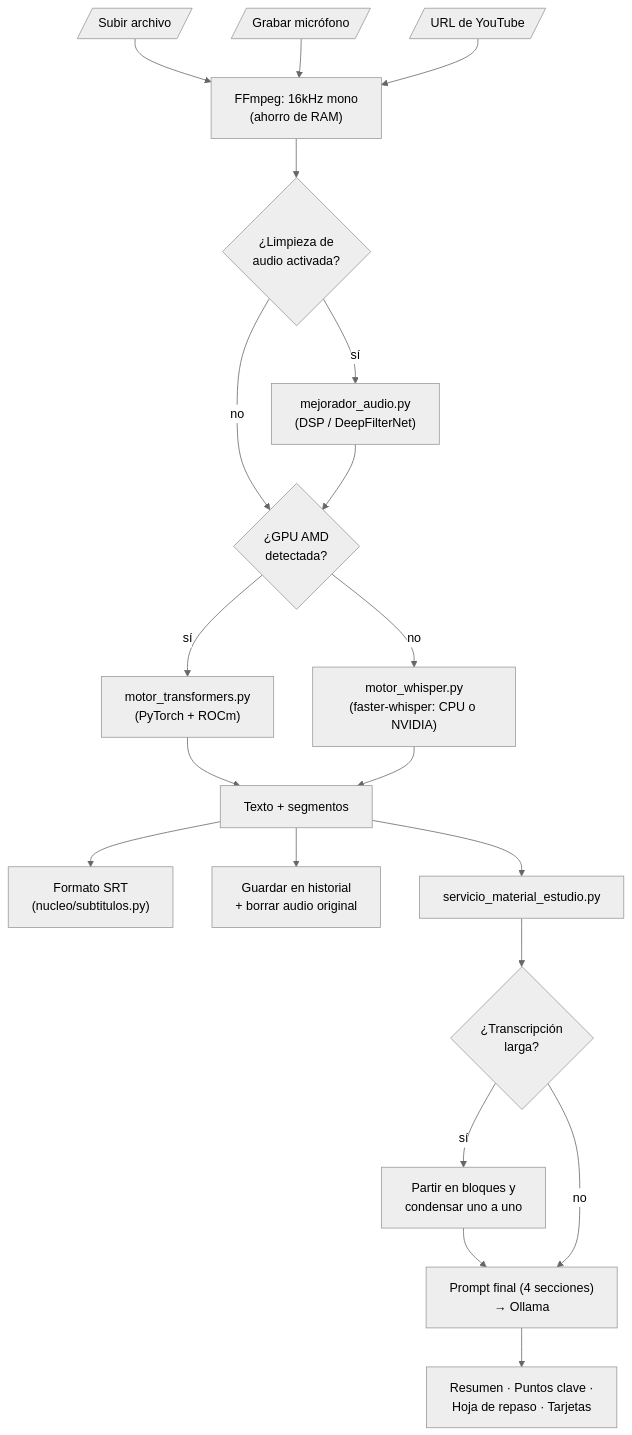
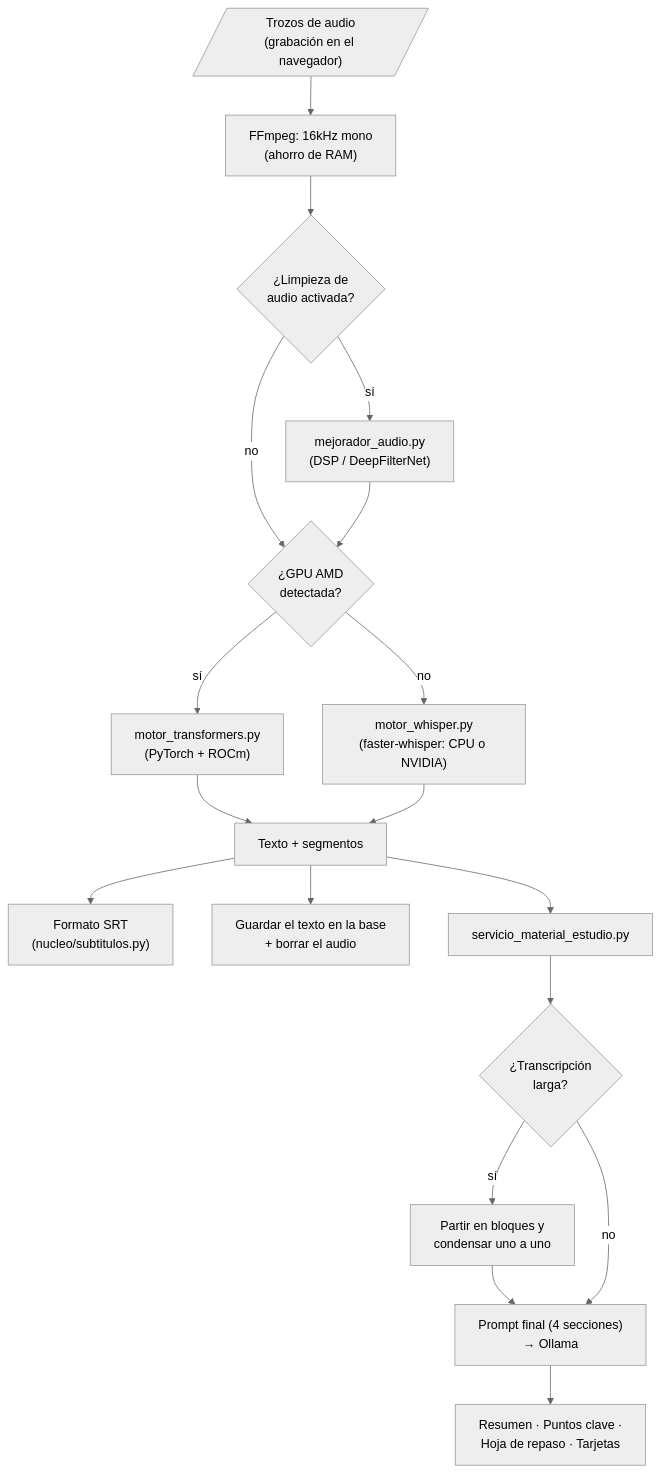
Before and after one commit to Tamborconpatas/ClaseAIdia: the third of 3 diagrams in README.md, drawn with Mermaid (neutral theme). The commit also changed other lines of this file and 17 other files, not shown here.

````diff
--- a/README.md
+++ b/README.md
@@ -274,27 +286,25 @@
 ```mermaid
 flowchart TD
-    A1[/"Subir archivo"/] --> B
-    A2[/"Grabar micrófono"/] --> B
-    A3[/"URL de YouTube"/] --> B
+    A1[/"Trozos de audio<br/>(grabación en el navegador)"/] --> B
 
     B["FFmpeg: 16kHz mono<br/>(ahorro de RAM)"] --> C{"¿Limpieza de<br/>audio activada?"}
     C -->|sí| D["mejorador_audio.py<br/>(DSP / DeepFilterNet)"]
     C -->|no| E
     D --> E{"¿GPU AMD<br/>detectada?"}
 
     E -->|sí| F["motor_transformers.py<br/>(PyTorch + ROCm)"]
     E -->|no| G["motor_whisper.py<br/>(faster-whisper: CPU o NVIDIA)"]
 
     F --> H["Texto + segmentos"]
     G --> H
 
     H --> I["Formato SRT<br/>(nucleo/subtitulos.py)"]
-    H --> J["Guardar en historial<br/>+ borrar audio original"]
+    H --> J["Guardar el texto en la base<br/>+ borrar el audio"]
     H --> K["servicio_material_estudio.py"]
 
     K --> L{"¿Transcripción<br/>larga?"}
     L -->|sí| M["Partir en bloques y<br/>condensar uno a uno"]
     M --> N
     L -->|no| N["Prompt final (4 secciones)<br/>→ Ollama"]
     N --> O["Resumen · Puntos clave ·<br/>Hoja de repaso · Tarjetas"]
 ```
````
